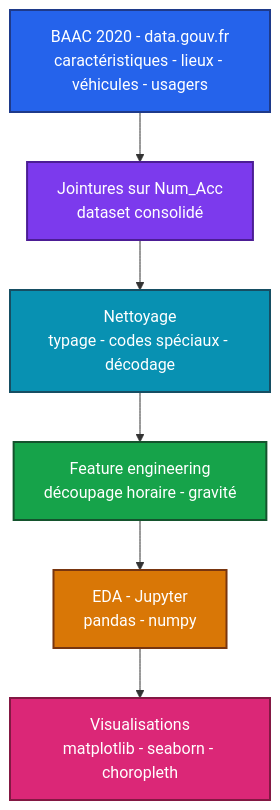
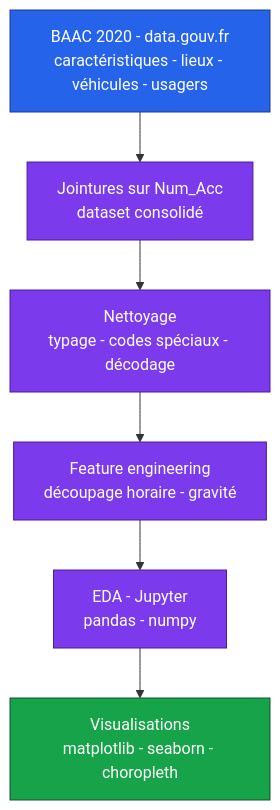
One commit to Adam-Blf/accidentologie-baac-20 changed the diagram in README.md. Above: the diagram before and after it, drawn with Mermaid. The commit also changed other lines of this file and 3 other files, not shown here.

````diff
--- a/README.md
+++ b/README.md
@@ -21,27 +20,23 @@
 ```mermaid
 flowchart TB
     SRC["BAAC 2020 - data.gouv.fr<br/>caractéristiques - lieux - véhicules - usagers"]
     JOIN["Jointures sur Num_Acc<br/>dataset consolidé"]
     CLEAN["Nettoyage<br/>typage - codes spéciaux - décodage"]
     FE["Feature engineering<br/>découpage horaire - gravité"]
     EDA["EDA - Jupyter<br/>pandas - numpy"]
     VIZ["Visualisations<br/>matplotlib - seaborn - choropleth"]
     SRC --> JOIN
     JOIN --> CLEAN
     CLEAN --> FE
     FE --> EDA
     EDA --> VIZ
 
-    classDef c0 fill:#2563eb,stroke:#1e3a8a,stroke-width:2px,color:#ffffff
-    classDef c1 fill:#7c3aed,stroke:#4c1d95,stroke-width:2px,color:#ffffff
-    classDef c2 fill:#0891b2,stroke:#164e63,stroke-width:2px,color:#ffffff
-    classDef c3 fill:#16a34a,stroke:#14532d,stroke-width:2px,color:#ffffff
-    classDef c4 fill:#d97706,stroke:#78350f,stroke-width:2px,color:#ffffff
-    classDef c5 fill:#db2777,stroke:#831843,stroke-width:2px,color:#ffffff
-    class SRC c0
-    class JOIN c1
-    class CLEAN c2
-    class FE c3
-    class EDA c4
-    class VIZ c5
+    classDef input fill:#2563eb,stroke:#1e3a8a,color:#fff
+    classDef process fill:#7c3aed,stroke:#4c1d95,color:#fff
+    classDef store fill:#f59e0b,stroke:#92400e,color:#111
+    classDef ok fill:#16a34a,stroke:#14532d,color:#fff
+    classDef error fill:#dc2626,stroke:#7f1d1d,color:#fff
+    class SRC input
+    class JOIN,CLEAN,FE,EDA process
+    class VIZ ok
 ```
````
